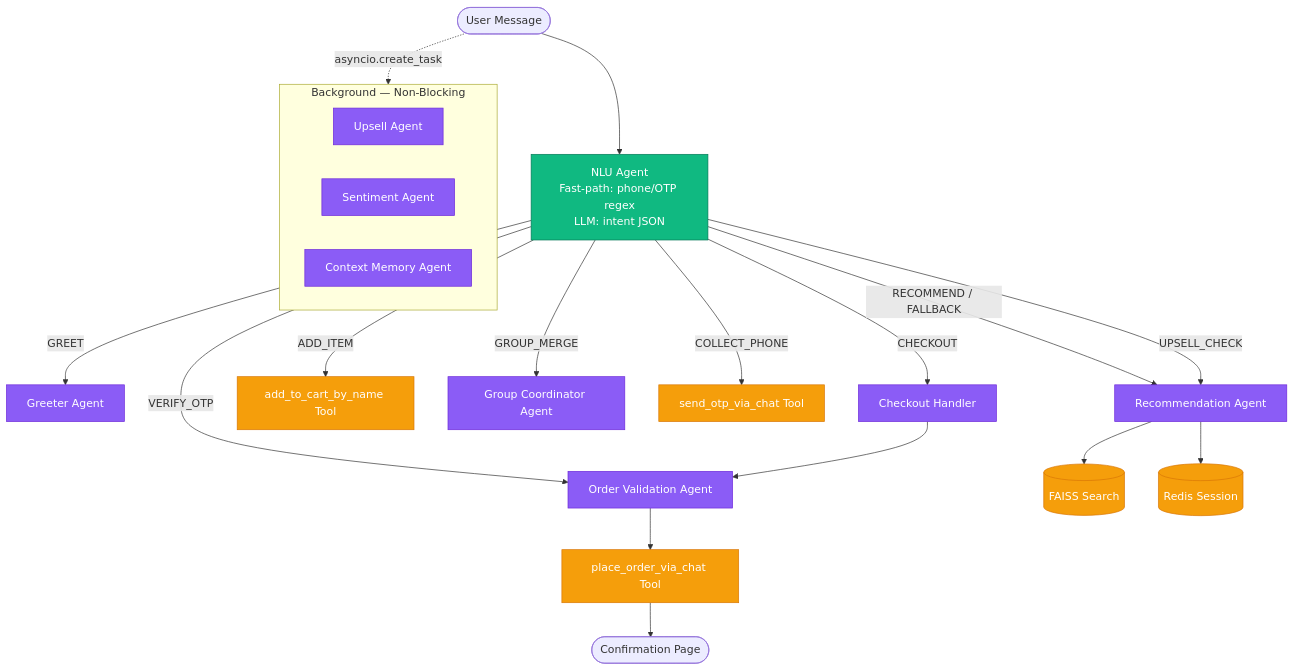
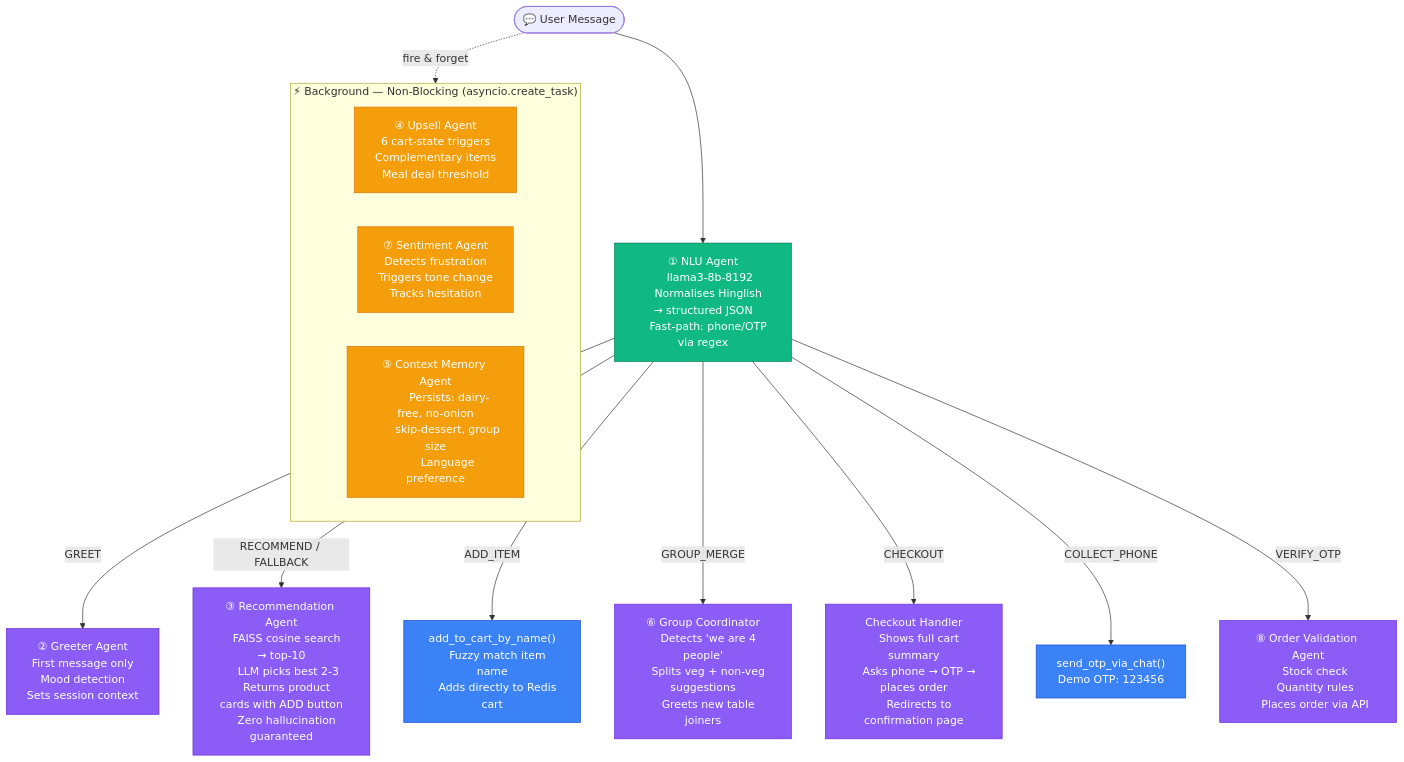
Before and after one commit to kumardhruv88/smart-dining: the first of 2 diagrams in README.md, drawn with Mermaid. The commit also changed other lines of this file, not shown here.

````diff
--- a/README.md
+++ b/README.md
@@ -206,32 +48,64 @@
 ```mermaid
 graph TD
+    classDef fast fill:#10b981,stroke:#047857,color:#fff;
     classDef agent fill:#8b5cf6,stroke:#6d28d9,color:#fff;
-    classDef tool fill:#f59e0b,stroke:#d97706,color:#fff;
-    classDef fast fill:#10b981,stroke:#047857,color:#fff;
+    classDef async fill:#f59e0b,stroke:#d97706,color:#fff;
+    classDef tool fill:#3b82f6,stroke:#1d4ed8,color:#fff;
 
-    Input([User Message]) --> NLU[NLU Agent<br/>Fast-path: phone/OTP regex<br/>LLM: intent JSON]:::fast
+    Input([💬 User Message]) --> NLU
 
-    NLU -->|GREET| Greeter[Greeter Agent]:::agent
-    NLU -->|RECOMMEND / FALLBACK| Recommender[Recommendation Agent]:::agent
-    NLU -->|ADD_ITEM| AddTool[add_to_cart_by_name Tool]:::tool
-    NLU -->|UPSELL_CHECK| Recommender
-    NLU -->|GROUP_MERGE| Group[Group Coordinator Agent]:::agent
-    NLU -->|COLLECT_PHONE| OTP[send_otp_via_chat Tool]:::tool
-    NLU -->|VERIFY_OTP| Validator[Order Validation Agent]:::agent
-    NLU -->|CHECKOUT| Checkout[Checkout Handler]:::agent
+    NLU["① NLU Agent
+    llama3-8b-8192
+    Normalises Hinglish → structured JSON
+    Fast-path: phone/OTP via regex"]:::fast
 
-    Recommender --> FAISS[(FAISS Search)]:::tool
-    Recommender --> Memory[(Redis Session)]:::tool
+    NLU -->|GREET| Greeter["② Greeter Agent
+    First message only
+    Mood detection
+    Sets session context"]:::agent
 
-    Checkout --> Validator
-    Validator --> PlaceOrder[place_order_via_chat Tool]:::tool
-    PlaceOrder --> Redirect([Confirmation Page])
+    NLU -->|RECOMMEND / FALLBACK| Rec["③ Recommendation Agent
+    FAISS cosine search → top-10
+    LLM picks best 2-3
+    Returns product cards with ADD button
+    Zero hallucination guaranteed"]:::agent
 
-    subgraph Async [Background — Non-Blocking]
-        Upsell[Upsell Agent]:::agent
-        Sentiment[Sentiment Agent]:::agent
-        ContextMem[Context Memory Agent]:::agent
+    NLU -->|ADD_ITEM| Add["add_to_cart_by_name()
+    Fuzzy match item name
+    Adds directly to Redis cart"]:::tool
+
+    NLU -->|GROUP_MERGE| Group["⑥ Group Coordinator
+    Detects 'we are 4 people'
+    Splits veg + non-veg suggestions
+    Greets new table joiners"]:::agent
+
+    NLU -->|CHECKOUT| Checkout["Checkout Handler
+    Shows full cart summary
+    Asks phone → OTP → places order
+    Redirects to confirmation page"]:::agent
+
+    NLU -->|COLLECT_PHONE| OTP["send_otp_via_chat()
+    Demo OTP: 123456"]:::tool
+
+    NLU -->|VERIFY_OTP| Val["⑧ Order Validation Agent
+    Stock check
+    Quantity rules
+    Places order via API"]:::agent
+
+    subgraph Async ["⚡ Background — Non-Blocking (asyncio.create_task)"]
+        Upsell["④ Upsell Agent
+        6 cart-state triggers
+        Complementary items
+        Meal deal threshold"]:::async
+        Sent["⑦ Sentiment Agent
+        Detects frustration
+        Triggers tone change
+        Tracks hesitation"]:::async
+        Mem["⑤ Context Memory Agent
+        Persists: dairy-free, no-onion
+        skip-dessert, group size
+        Language preference"]:::async
     end
 
-    Input -.->|asyncio.create_task| Async
+    Input -.->|fire & forget| Async
 ```
````
